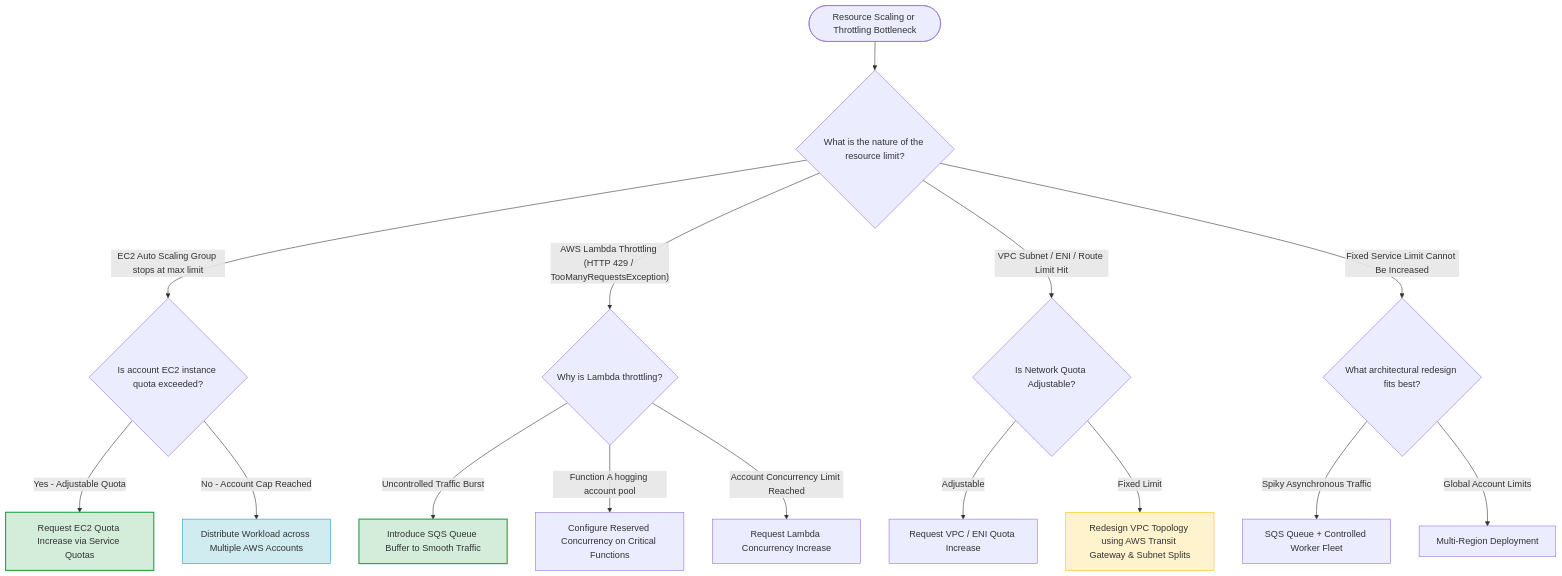
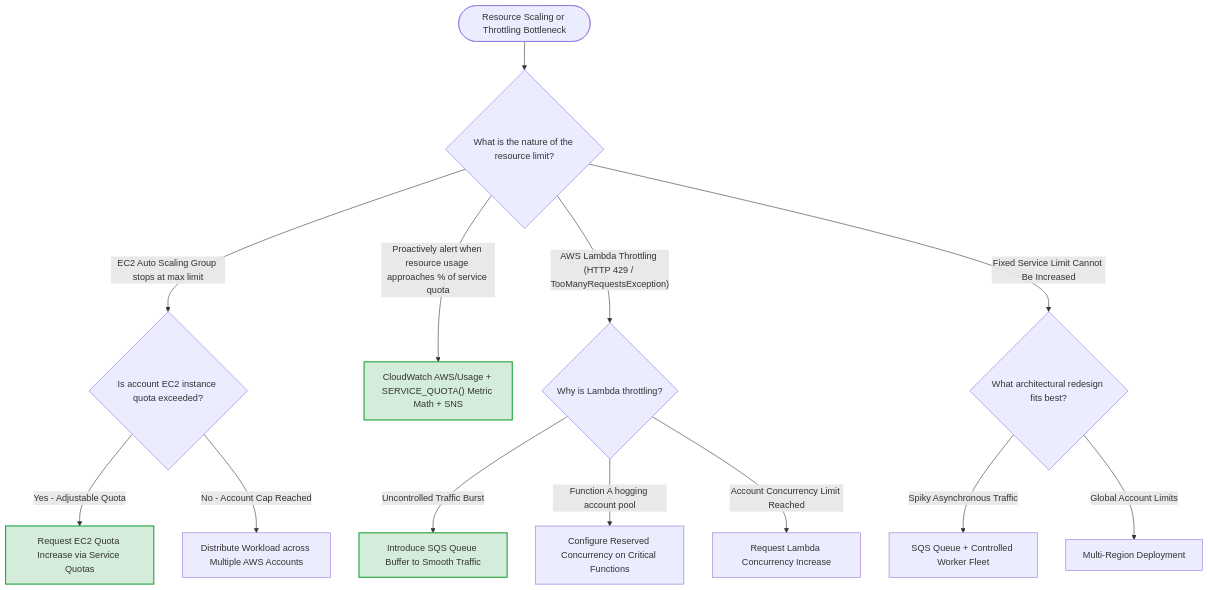
Before and after one commit to ReginRavi/AIP-C01: the fifth of 5 diagrams in Professional/2.4 Service quotas and limits.md, drawn with Mermaid. The commit also changed other lines of this file and 20 other files, not shown here.

````diff
--- a/Professional/2.4 Service quotas and limits.md
+++ b/Professional/2.4 Service quotas and limits.md
@@ -155,26 +208,23 @@
 ```mermaid
 flowchart TD
     Start(["Resource Scaling or Throttling Bottleneck"]) --> Q1{"What is the nature of the resource limit?"}
 
     Q1 -- "EC2 Auto Scaling Group stops at max limit" --> Q2{"Is account EC2 instance quota exceeded?"}
     Q2 -- "Yes - Adjustable Quota" --> Ans_IncreaseEC2["Request EC2 Quota Increase via Service Quotas"]
     Q2 -- "No - Account Cap Reached" --> Ans_MultiAccount["Distribute Workload across Multiple AWS Accounts"]
 
+    Q1 -- "Proactively alert when resource usage approaches % of service quota" --> Ans_QuotaMath["CloudWatch AWS/Usage + SERVICE_QUOTA() Metric Math + SNS"]
+
     Q1 -- "AWS Lambda Throttling (HTTP 429 / TooManyRequestsException)" --> Q3{"Why is Lambda throttling?"}
     Q3 -- "Uncontrolled Traffic Burst" --> Ans_SQSBuffer["Introduce SQS Queue Buffer to Smooth Traffic"]
     Q3 -- "Function A hogging account pool" --> Ans_Reserved["Configure Reserved Concurrency on Critical Functions"]
     Q3 -- "Account Concurrency Limit Reached" --> Ans_IncreaseLambda["Request Lambda Concurrency Increase"]
 
-    Q1 -- "VPC Subnet / ENI / Route Limit Hit" --> Q4{"Is Network Quota Adjustable?"}
-    Q4 -- "Adjustable" --> Ans_IncreaseNet["Request VPC / ENI Quota Increase"]
-    Q4 -- "Fixed Limit" --> Ans_TGW["Redesign VPC Topology using AWS Transit Gateway & Subnet Splits"]
-
     Q1 -- "Fixed Service Limit Cannot Be Increased" --> Q5{"What architectural redesign fits best?"}
     Q5 -- "Spiky Asynchronous Traffic" --> Ans_Decouple["SQS Queue + Controlled Worker Fleet"]
     Q5 -- "Global Account Limits" --> Ans_MultiRegion["Multi-Region Deployment"]
 
+    style Ans_QuotaMath fill:#d4edda,stroke:#28a745,stroke-width:2px
     style Ans_IncreaseEC2 fill:#d4edda,stroke:#28a745,stroke-width:2px
     style Ans_SQSBuffer fill:#d4edda,stroke:#28a745,stroke-width:2px
-    style Ans_MultiAccount fill:#d1ecf1,stroke:#17a2b8,stroke-width:1px
-    style Ans_TGW fill:#fff3cd,stroke:#ffc107,stroke-width:1px
 ```
````
